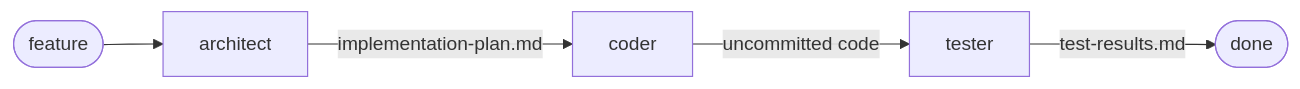
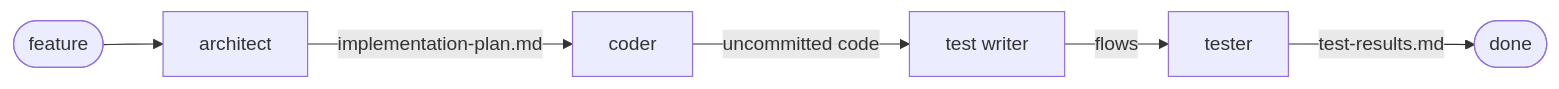
Before and after one commit to jaxvy/agentic-dev-team: the third of 4 diagrams in README.md, drawn with Mermaid. The commit also changed other lines of this file and 15 other files, not shown here.

First line of the commit message:
Add the Test Writer, and run device tests as flows with no model

````diff
--- a/README.md
+++ b/README.md
@@ -122,7 +129,8 @@
 ```mermaid
 flowchart LR
   I(["feature"]) --> AR["architect"]
   AR -->|"implementation-plan.md"| CO["coder"]
-  CO -->|"uncommitted code"| TE["tester"]
+  CO -->|"uncommitted code"| TW["test writer"]
+  TW -->|"flows"| TE["tester"]
   TE -->|"test-results.md"| E(["done"])
 ```
````
